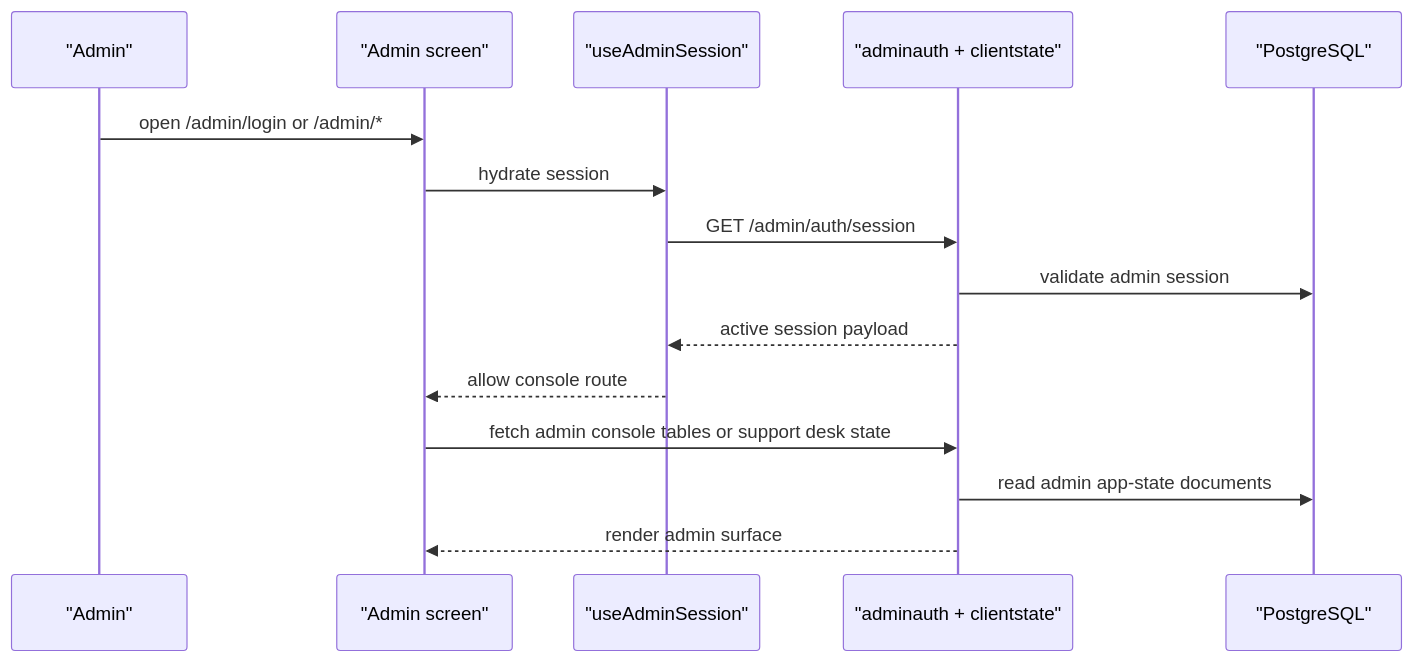
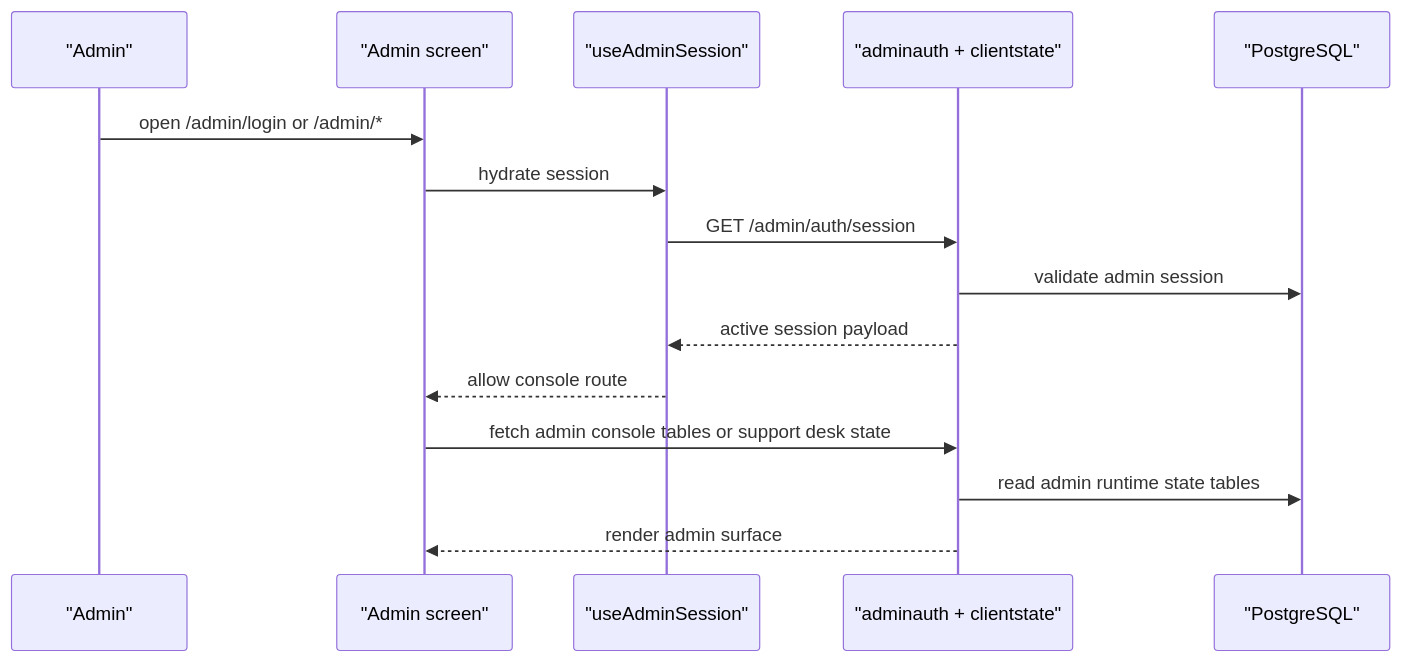
Before and after one commit to adyfk/bidanapp: diagram 11 of 11 in docs/user-facing-flow-diagrams.md, drawn with Mermaid. The commit also changed 164 other files, not shown here.

````diff
--- a/docs/user-facing-flow-diagrams.md
+++ b/docs/user-facing-flow-diagrams.md
@@ -426,18 +426,18 @@
 ```mermaid
 sequenceDiagram
   participant Admin as "Admin"
   participant Screen as "Admin screen"
   participant Session as "useAdminSession"
   participant API as "adminauth + clientstate"
   participant DB as "PostgreSQL"
 
   Admin->>Screen: open /admin/login or /admin/*
   Screen->>Session: hydrate session
   Session->>API: GET /admin/auth/session
   API->>DB: validate admin session
   API-->>Session: active session payload
   Session-->>Screen: allow console route
   Screen->>API: fetch admin console tables or support desk state
-  API->>DB: read admin app-state documents
+  API->>DB: read admin runtime state tables
   API-->>Screen: render admin surface
 ```
````
